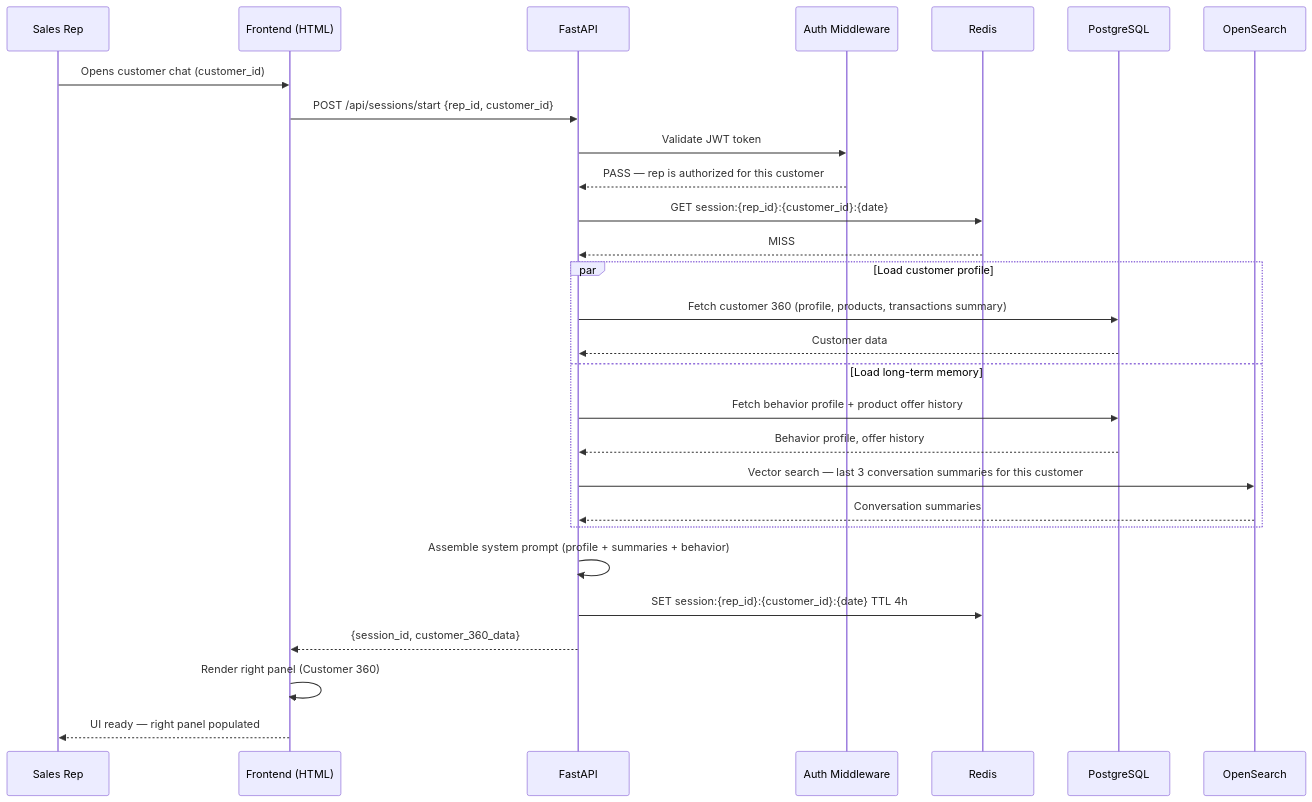
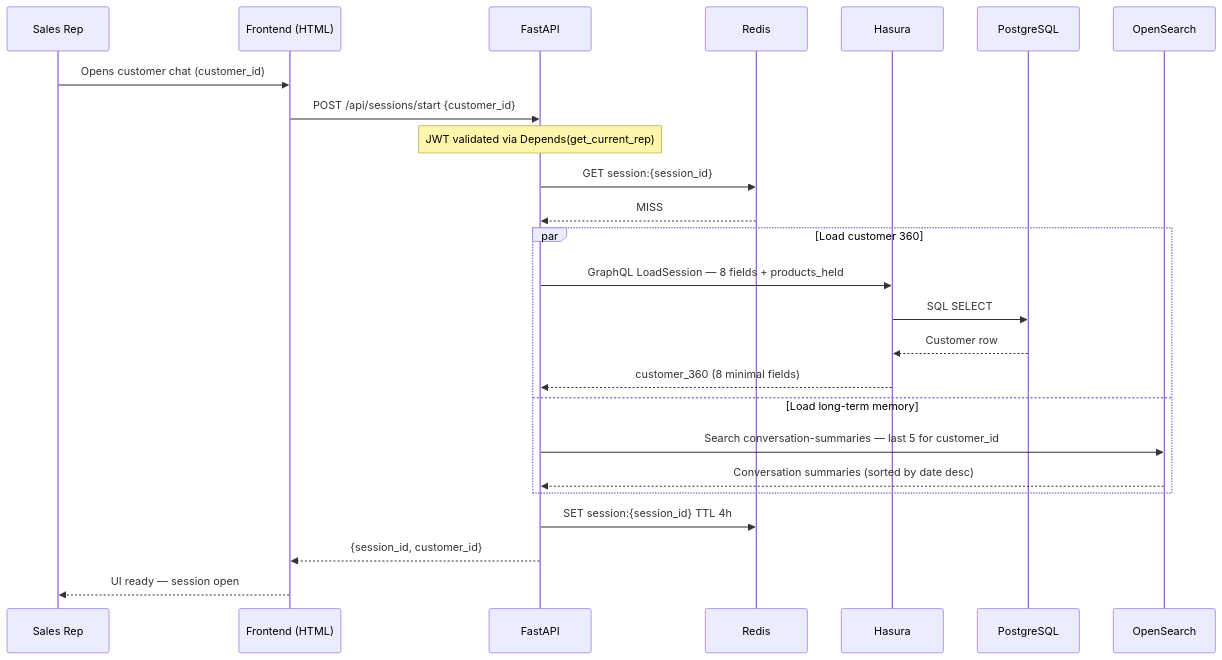
Before and after one commit to sonnylai/AI-FrontLine-Agent: the first of 5 diagrams in sequence.md, drawn with Mermaid. The commit also changed other lines of this file, not shown here.

First line of the commit message:
docs: rewrite all 5 sequence diagrams to match actual code

````diff
--- a/sequence.md
+++ b/sequence.md
@@ -9,36 +9,32 @@
 ```mermaid
 sequenceDiagram
     participant Rep as Sales Rep
     participant FE as Frontend (HTML)
     participant API as FastAPI
-    participant Auth as Auth Middleware
     participant Redis
+    participant Hasura
     participant PG as PostgreSQL
     participant OS as OpenSearch
 
     Rep->>FE: Opens customer chat (customer_id)
-    FE->>API: POST /api/sessions/start {rep_id, customer_id}
+    FE->>API: POST /api/sessions/start {customer_id}
 
-    API->>Auth: Validate JWT token
-    Auth-->>API: PASS — rep is authorized for this customer
+    Note over API: JWT validated via Depends(get_current_rep)
 
-    API->>Redis: GET session:{rep_id}:{customer_id}:{date}
+    API->>Redis: GET session:{session_id}
     Redis-->>API: MISS
 
-    par Load customer profile
-        API->>PG: Fetch customer 360 (profile, products, transactions summary)
-        PG-->>API: Customer data
+    par Load customer 360
+        API->>Hasura: GraphQL LoadSession — 8 fields + products_held
+        Hasura->>PG: SQL SELECT
+        PG-->>Hasura: Customer row
+        Hasura-->>API: customer_360 (8 minimal fields)
     and Load long-term memory
-        API->>PG: Fetch behavior profile + product offer history
-        PG-->>API: Behavior profile, offer history
-        API->>OS: Vector search — last 3 conversation summaries for this customer
-        OS-->>API: Conversation summaries
+        API->>OS: Search conversation-summaries — last 5 for customer_id
+        OS-->>API: Conversation summaries (sorted by date desc)
     end
 
-    API->>API: Assemble system prompt (profile + summaries + behavior)
-    API->>Redis: SET session:{rep_id}:{customer_id}:{date} TTL 4h
-
-    API-->>FE: {session_id, customer_360_data}
-    FE->>FE: Render right panel (Customer 360)
-    FE-->>Rep: UI ready — right panel populated
+    API->>Redis: SET session:{session_id} TTL 4h
+    API-->>FE: {session_id, customer_id}
+    FE-->>Rep: UI ready — session open
 ```
````
